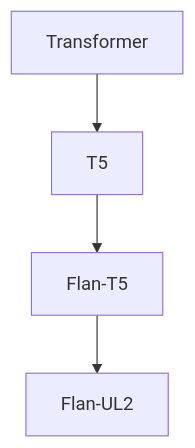
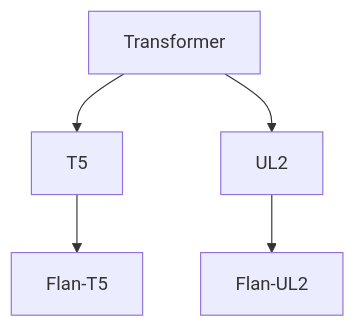
The sixth of 10 diagrams in doc/llm.md (ted-sharp/chatvox), drawn with Mermaid before and after one commit. The commit also changed other lines of this file, not shown here.

````diff
--- a/doc/llm.md
+++ b/doc/llm.md
@@ -257,5 +262,6 @@
 ```mermaid
 flowchart
 
-Transformer --> T5 --> Flan-T5 --> Flan-UL2
+Transformer --> T5 --> Flan-T5
+Transformer --> UL2 --> Flan-UL2
 ```
````
